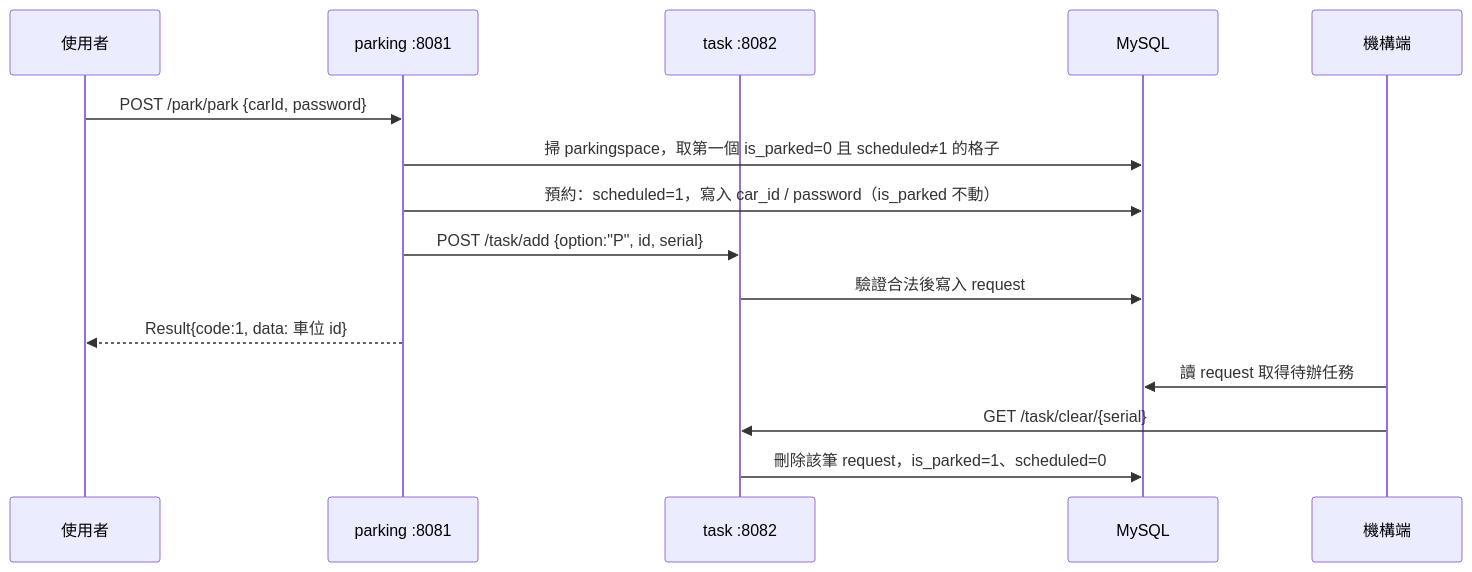
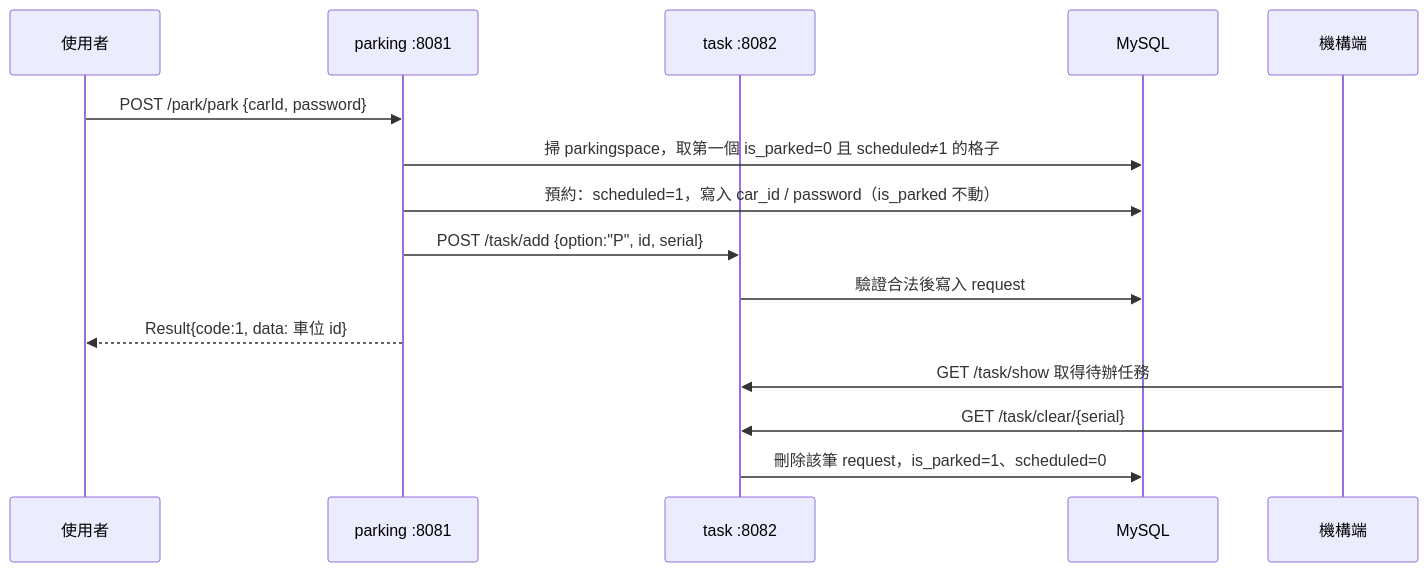
The diagram in README.md (Eric7654321/MakeNTU2025_-Smart-automatic-parking-lot), drawn with Mermaid before and after one commit. The commit also changed other lines of this file and 8 other files, not shown here.

````diff
--- a/README.md
+++ b/README.md
@@ -28,18 +32,18 @@
 ```mermaid
 sequenceDiagram
     participant U as 使用者
     participant P as parking :8081
     participant T as task :8082
     participant DB as MySQL
     participant HW as 機構端
 
     U->>P: POST /park/park {carId, password}
     P->>DB: 掃 parkingspace，取第一個 is_parked=0 且 scheduled≠1 的格子
     P->>DB: 預約：scheduled=1，寫入 car_id / password（is_parked 不動）
     P->>T: POST /task/add {option:"P", id, serial}
     T->>DB: 驗證合法後寫入 request
     P-->>U: Result{code:1, data: 車位 id}
-    HW->>DB: 讀 request 取得待辦任務
+    HW->>T: GET /task/show 取得待辦任務
     HW->>T: GET /task/clear/{serial}
     T->>DB: 刪除該筆 request，is_parked=1、scheduled=0
 ```
````
